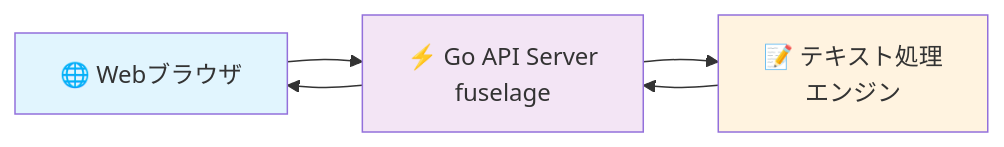
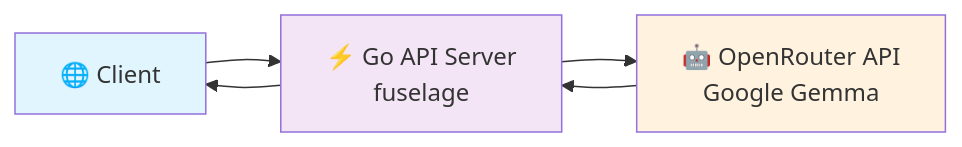
One commit to k-tsurumaki/llm-summary changed the diagram in README.md. Above: the diagram before and after it, drawn with Mermaid. The commit also changed other lines of this file, not shown here.

````diff
--- a/README.md
+++ b/README.md
@@ -20,11 +21,11 @@
 ```mermaid
 graph LR
-    A[🌐 Webブラウザ] --> B[⚡ Go API Server<br/>fuselage]
-    B --> C[📝 テキスト処理<br/>エンジン]
+    A[🌐 Client] --> B[⚡ Go API Server<br/>fuselage]
+    B --> C[🤖 OpenRouter API<br/>Google Gemma]
     C --> B
     B --> A
     
     style A fill:#e1f5fe
     style B fill:#f3e5f5
     style C fill:#fff3e0
 ```
````
